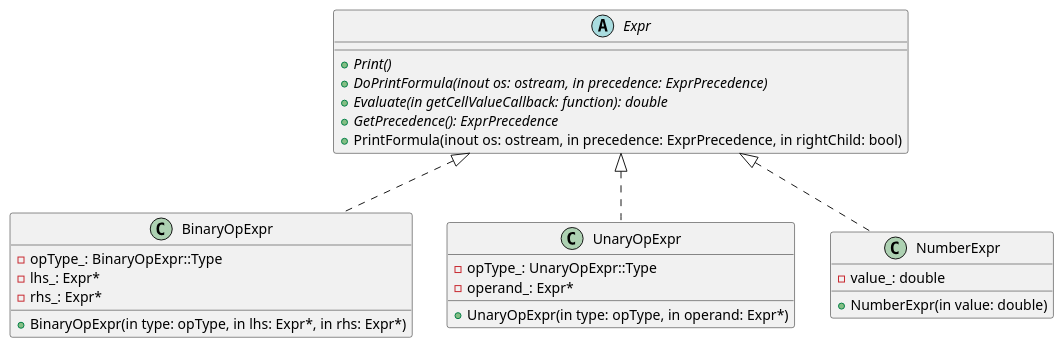
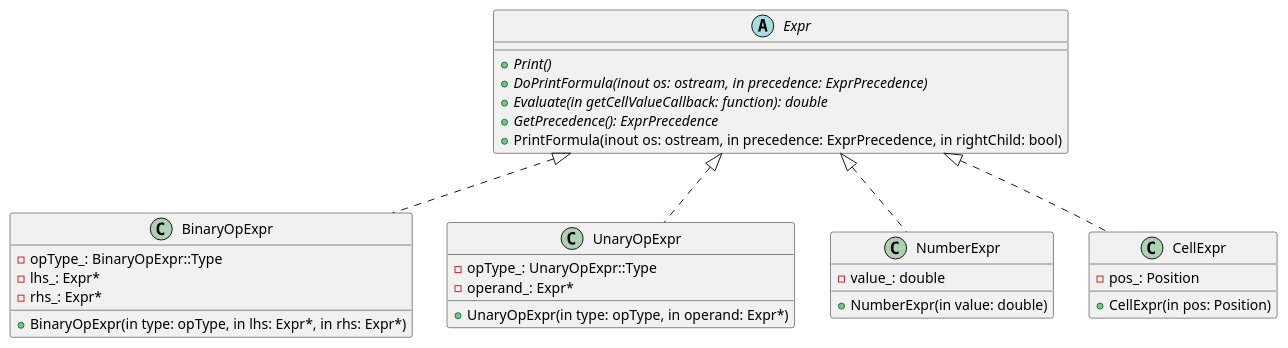
One commit to kazarynau/YandexPraktikumFinal changed the diagram in uml/expression.puml. Above: the diagram before and after it, drawn with PlantUML. The commit also changed 4 other files, not shown here.

Commit message:
Add CellExpr

```diff
--- a/uml/expression.puml
+++ b/uml/expression.puml
@@ -2,33 +2,39 @@
 @startuml
 
 abstract class Expr {
     +{abstract} Print()
     +{abstract} DoPrintFormula(inout os: ostream, in precedence: ExprPrecedence)
     +{abstract} Evaluate(in getCellValueCallback: function): double
     +{abstract} GetPrecedence(): ExprPrecedence
     +PrintFormula(inout os: ostream, in precedence: ExprPrecedence, in rightChild: bool)
 }
 
 class BinaryOpExpr {
     +BinaryOpExpr(in type: opType, in lhs: Expr*, in rhs: Expr*)
     -opType_: BinaryOpExpr::Type
     -lhs_: Expr*
     -rhs_: Expr*
 }
 
 class UnaryOpExpr {
     +UnaryOpExpr(in type: opType, in operand: Expr*)
     -opType_: UnaryOpExpr::Type
     -operand_: Expr*
 }
 
 class NumberExpr {
     +NumberExpr(in value: double)
     -value_: double
 }
 
+class CellExpr {
+    +CellExpr(in pos: Position)
+    -pos_: Position
+}
+
 class BinaryOpExpr implements Expr
 class UnaryOpExpr implements Expr
 class NumberExpr implements Expr
+class CellExpr implements Expr
 
 @enduml
```
